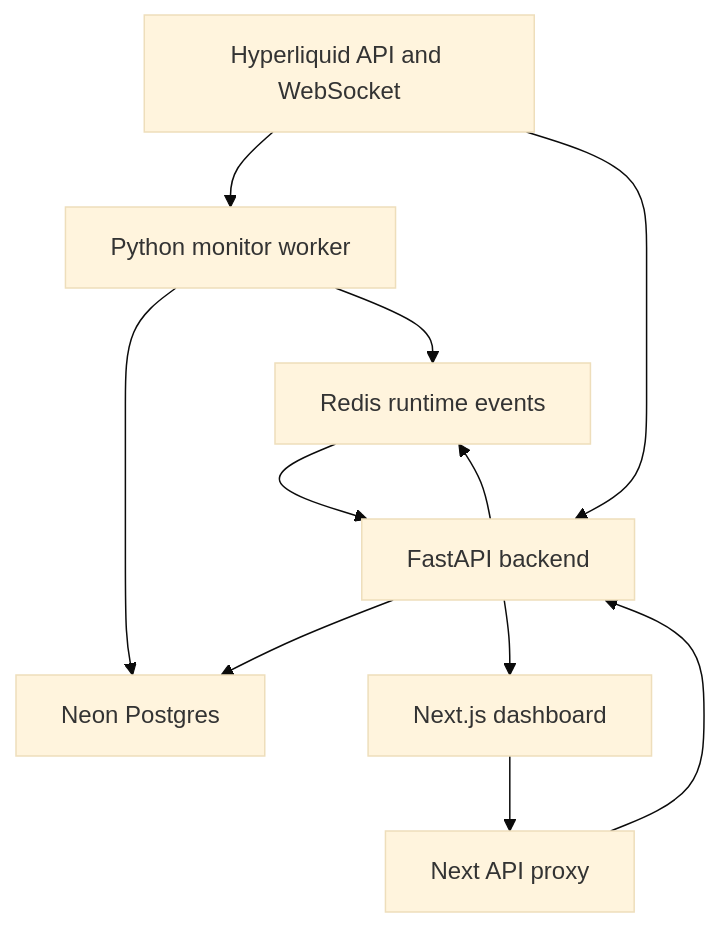
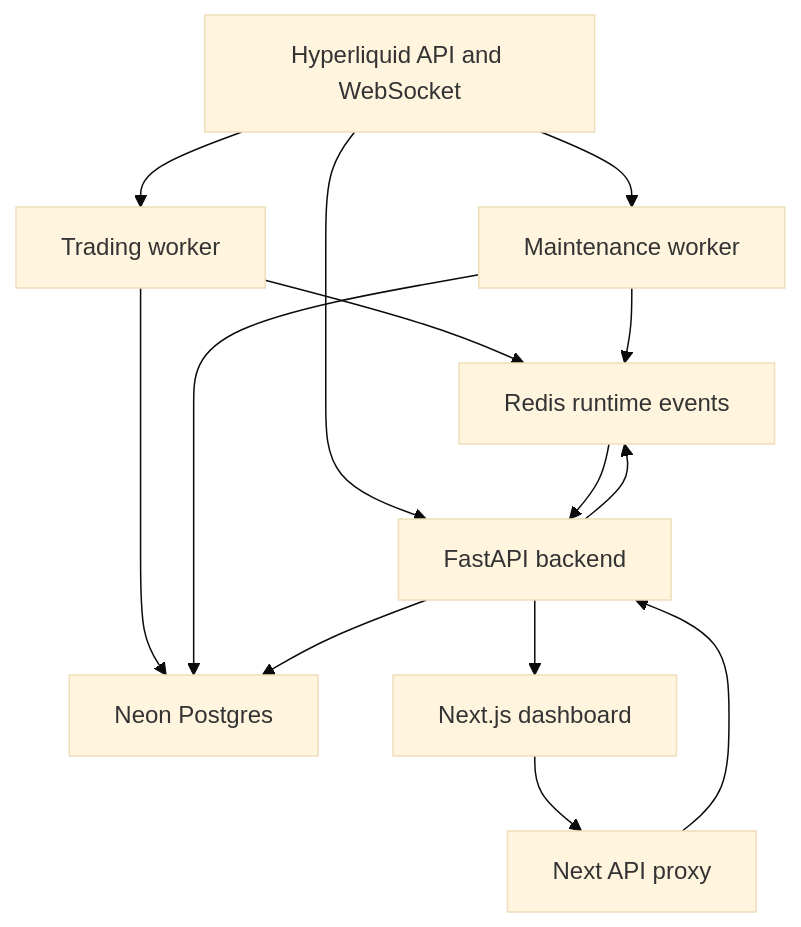
The first of 9 diagrams in docs/architecture.md (DrottPoker/copytrading-agent), drawn with Mermaid (base theme) before and after one commit. The commit also changed other lines of this file and 12 other files, not shown here.

````diff
--- a/docs/architecture.md
+++ b/docs/architecture.md
@@ -7,16 +7,19 @@
 ```mermaid
 flowchart TD
-  HL["Hyperliquid API and WebSocket"] --> Worker["Python monitor worker"]
+  HL["Hyperliquid API and WebSocket"] --> TradingWorker["Trading worker"]
+  HL --> MaintenanceWorker["Maintenance worker"]
   HL --> Backend["FastAPI backend"]
 
-  Worker --> Postgres["Neon Postgres"]
-  Worker --> Redis["Redis runtime events"]
+  TradingWorker --> Postgres["Neon Postgres"]
+  TradingWorker --> Redis["Redis runtime events"]
+  MaintenanceWorker --> Postgres
+  MaintenanceWorker --> Redis
 
   Backend --> Postgres
   Backend --> Redis
 
   Frontend["Next.js dashboard"] --> Proxy["Next API proxy"]
   Proxy --> Backend
   Redis --> Backend
   Backend --> Frontend
 ```
````
